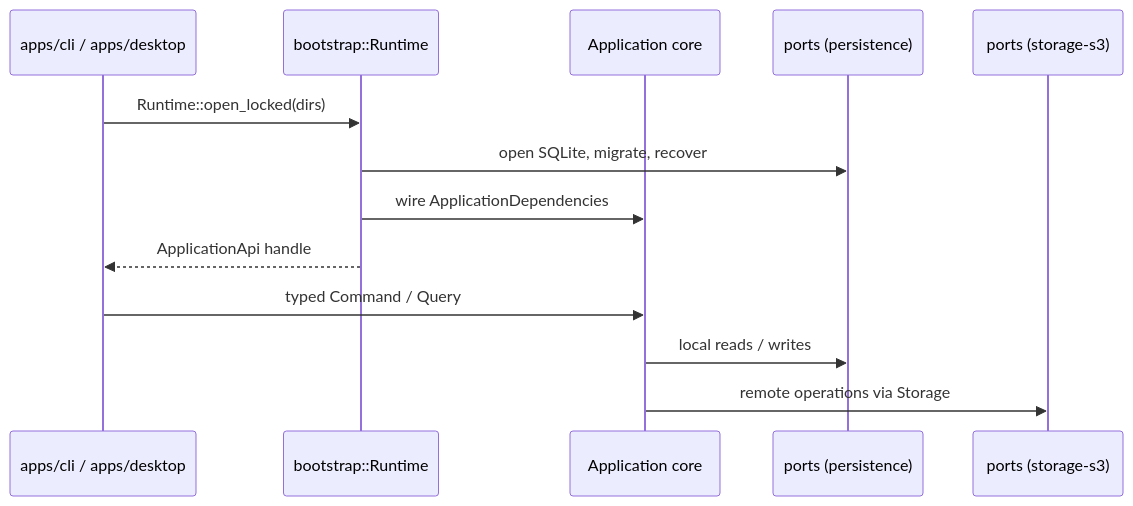
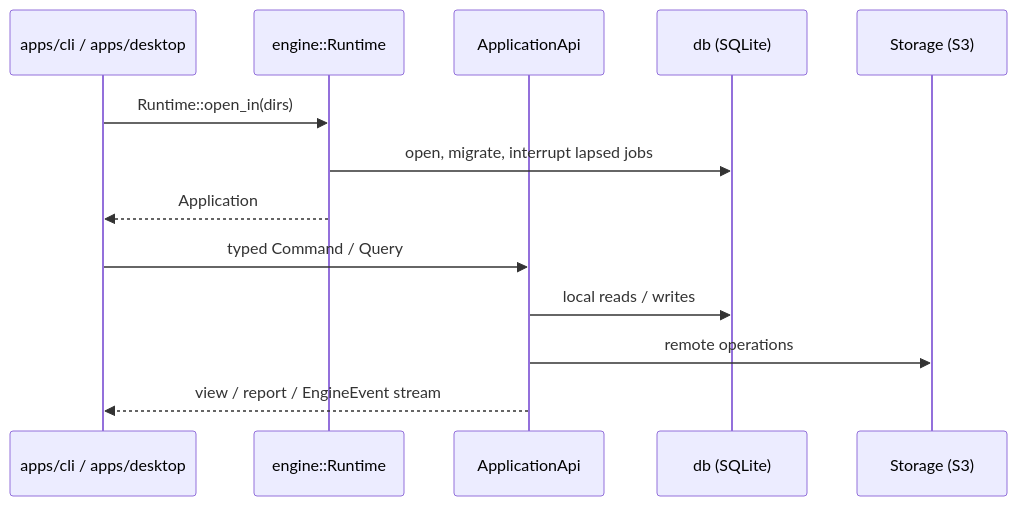
One commit to copofe/rstore changed the second of 3 diagrams in docs/architecture-guide.md. Above: the diagram before and after it, drawn with Mermaid. The commit also changed other lines of this file and 218 other files, not shown here.

````diff
--- a/docs/architecture-guide.md
+++ b/docs/architecture-guide.md
@@ -83,15 +75,15 @@
 ```mermaid
 sequenceDiagram
     participant B as apps/cli / apps/desktop
-    participant R as bootstrap::Runtime
-    participant A as Application core
-    participant P as ports (persistence)
-    participant S as ports (storage-s3)
-    B->>R: Runtime::open_locked(dirs)
-    R->>P: open SQLite, migrate, recover
-    R->>A: wire ApplicationDependencies
-    R-->>B: ApplicationApi handle
+    participant R as engine::Runtime
+    participant A as ApplicationApi
+    participant D as db (SQLite)
+    participant S as Storage (S3)
+    B->>R: Runtime::open_in(dirs)
+    R->>D: open, migrate, interrupt lapsed jobs
+    R-->>B: Application
     B->>A: typed Command / Query
-    A->>P: local reads / writes
-    A->>S: remote operations via Storage
+    A->>D: local reads / writes
+    A->>S: remote operations
+    A-->>B: view / report / EngineEvent stream
 ```
````
